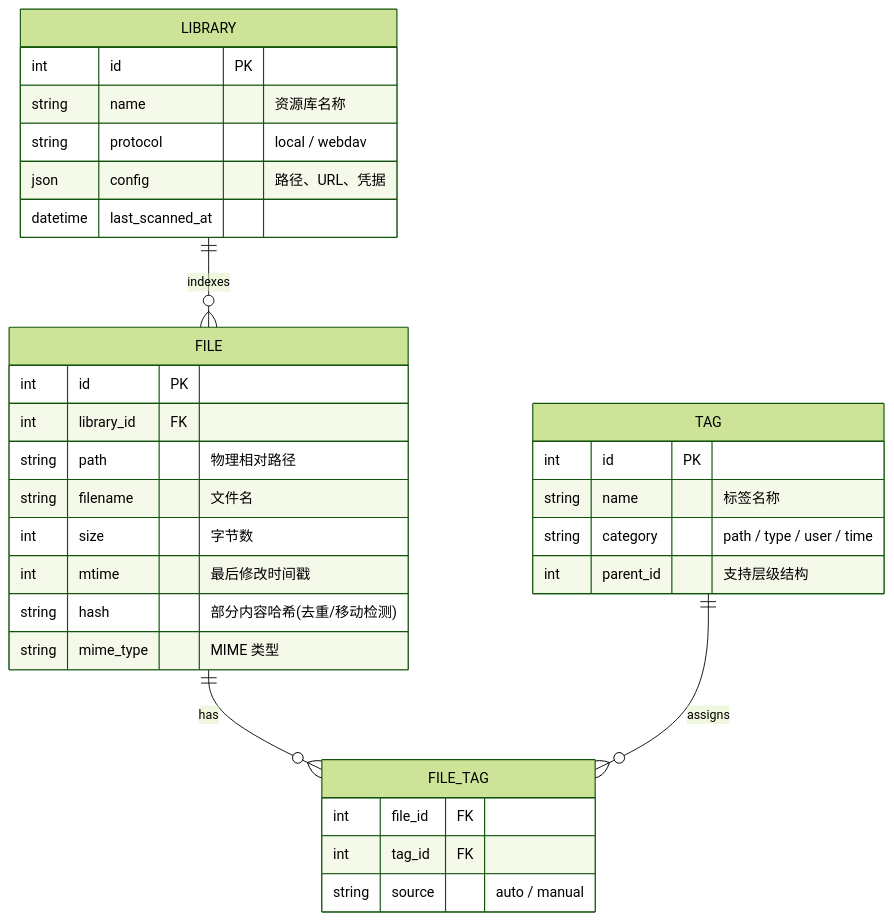
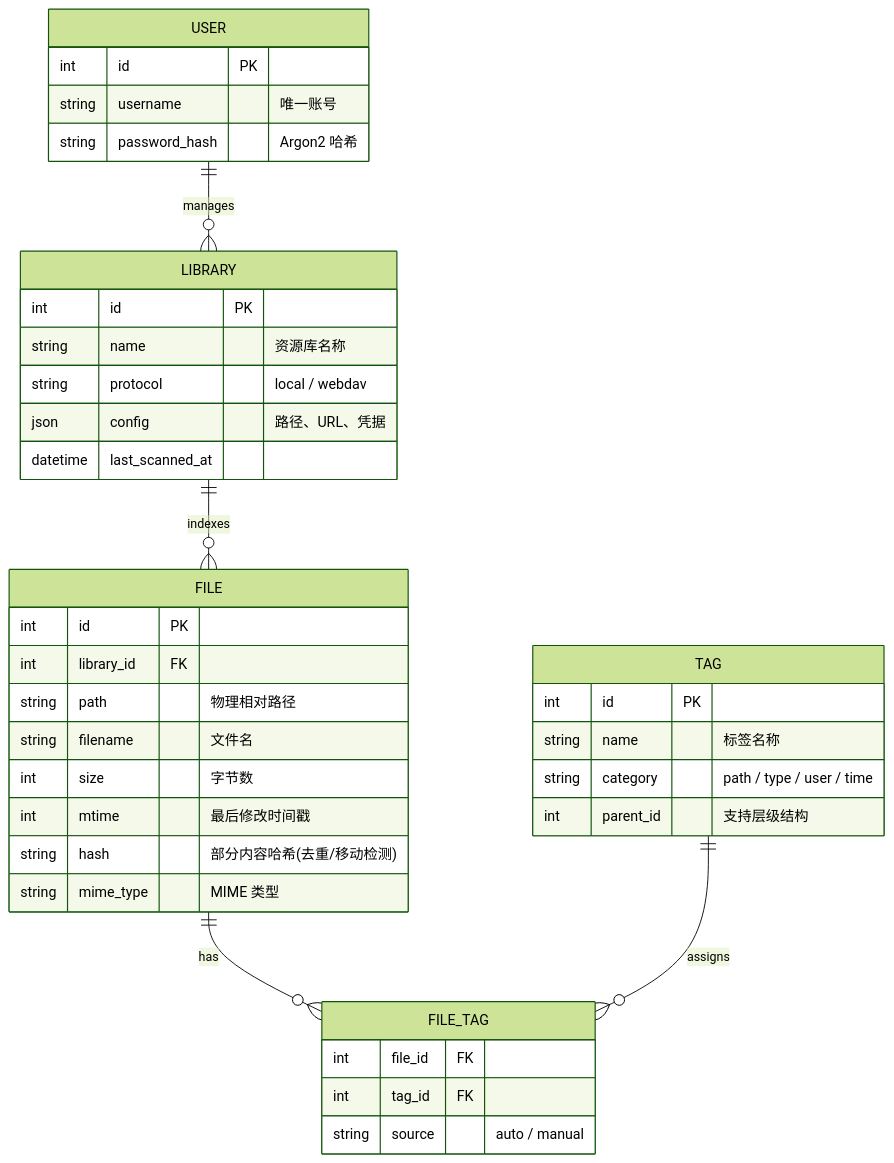
Before and after one commit to sayeui/tagflow: the second of 3 diagrams in doc/TagFlow 概要设计文档.md, drawn with Mermaid (forest theme). The commit also changed other lines of this file and 7 other files, not shown here.

````diff
--- a/doc/TagFlow 概要设计文档.md
+++ b/doc/TagFlow 概要设计文档.md
@@ -86,38 +77,44 @@
 ```mermaid
 erDiagram
+    USER ||--o{ LIBRARY : "manages"
     LIBRARY ||--o{ FILE : "indexes"
     FILE ||--o{ FILE_TAG : "has"
     TAG ||--o{ FILE_TAG : "assigns"
 
+    USER {
+        int id PK
+        string username "唯一账号"
+        string password_hash "Argon2 哈希"
+    }
     LIBRARY {
         int id PK
         string name "资源库名称"
         string protocol "local / webdav"
         json config "路径、URL、凭据"
         datetime last_scanned_at
     }
 
     FILE {
         int id PK
         int library_id FK
         string path "物理相对路径"
         string filename "文件名"
         int size "字节数"
         int mtime "最后修改时间戳"
         string hash "部分内容哈希(去重/移动检测)"
         string mime_type "MIME 类型"
     }
 
     TAG {
         int id PK
         string name "标签名称"
         string category "path / type / user / time"
         int parent_id "支持层级结构"
     }
 
     FILE_TAG {
         int file_id FK
         int tag_id FK
         string source "auto / manual"
     }
 ```
````
